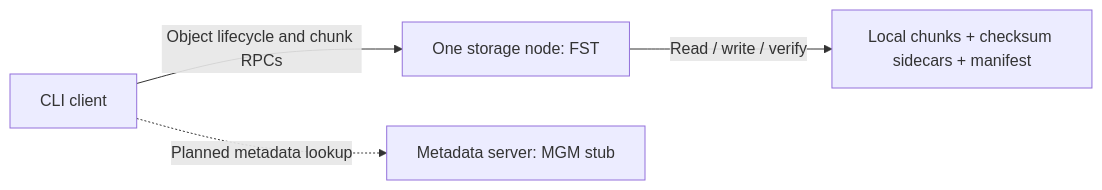
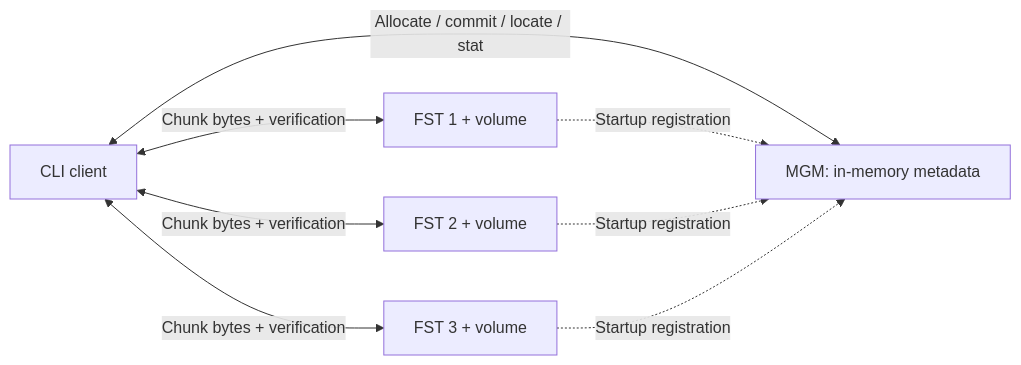
Before and after one commit to IV-cmd/distributed-object-store: the diagram in README.md, drawn with Mermaid. The commit also changed other lines of this file and 3 other files, not shown here.

````diff
--- a/README.md
+++ b/README.md
@@ -12,6 +13,10 @@
 ```mermaid
 flowchart LR
-    client[CLI client] -->|Object lifecycle and chunk RPCs| fst[One storage node: FST]
-    fst -->|Read / write / verify| disk[Local chunks + checksum sidecars + manifest]
-    client -. Planned metadata lookup .-> mgm[Metadata server: MGM stub]
+    client[CLI client] <-->|Allocate / commit / locate / stat| mgm[MGM: in-memory metadata]
+    client <-->|Chunk bytes + verification| fst1[FST 1 + volume]
+    client <-->|Chunk bytes + verification| fst2[FST 2 + volume]
+    client <-->|Chunk bytes + verification| fst3[FST 3 + volume]
+    fst1 -. Startup registration .-> mgm
+    fst2 -. Startup registration .-> mgm
+    fst3 -. Startup registration .-> mgm
 ```
````
